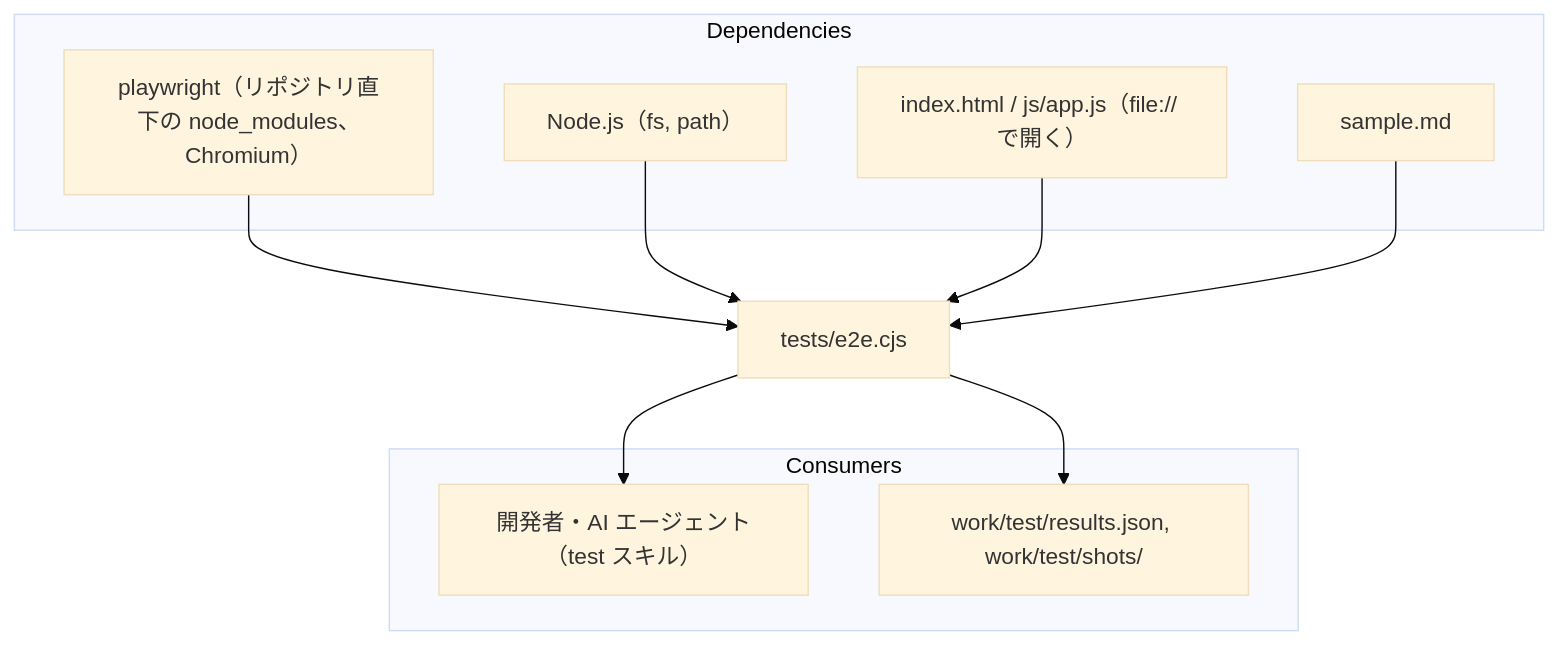
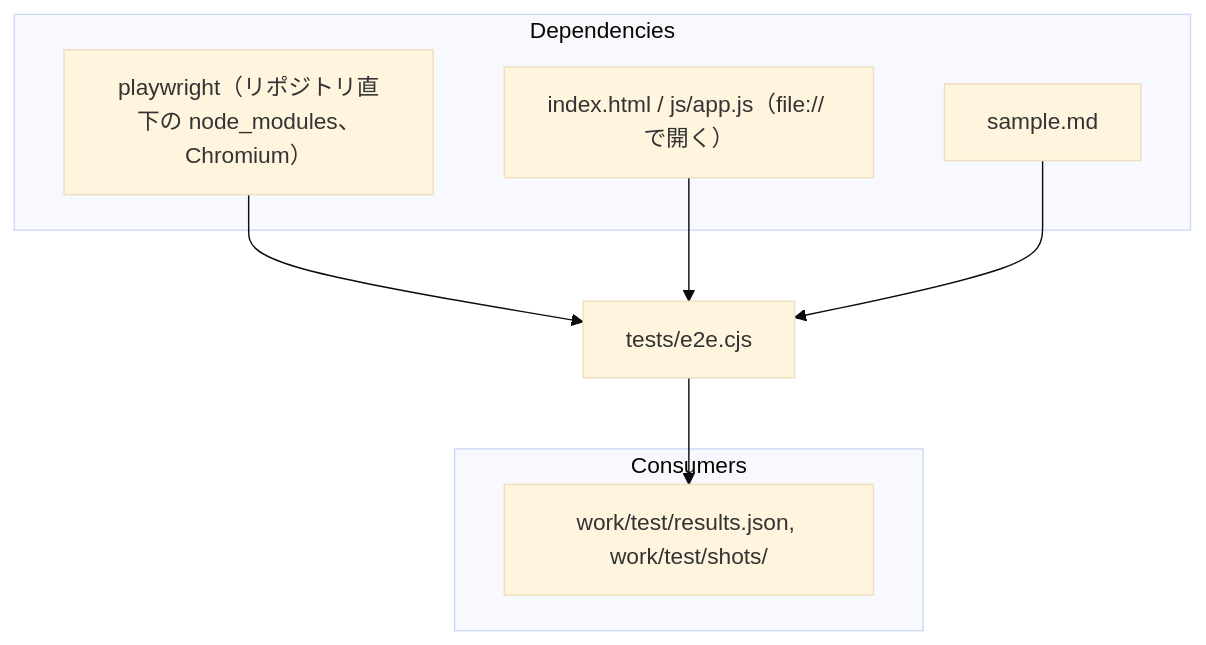
Before and after one commit to prankster-freedom/Lucivo: the diagram in doc/4.implementation/tests/e2e.cjs.md, drawn with Mermaid (base theme). The commit also changed other lines of this file and 28 other files, not shown here.

First line of the commit message:
feat: YAML フロントマター、図ごとの矢印、保存に対応し起動を軽くする

````diff
--- a/doc/4.implementation/tests/e2e.cjs.md
+++ b/doc/4.implementation/tests/e2e.cjs.md
@@ -15,20 +15,16 @@
 ```mermaid
 flowchart TD
   subgraph Dependencies
     pw["playwright（リポジトリ直下の node_modules、Chromium）"]
-    node["Node.js（fs, path）"]
     app["index.html / js/app.js（file:// で開く）"]
     sample["sample.md"]
   end
   e2e["tests/e2e.cjs"]
   pw --> e2e
-  node --> e2e
   app --> e2e
   sample --> e2e
   subgraph Consumers
-    dev["開発者・AI エージェント（test スキル）"]
     out["work/test/results.json, work/test/shots/"]
   end
-  e2e --> dev
   e2e --> out
 ```
````
